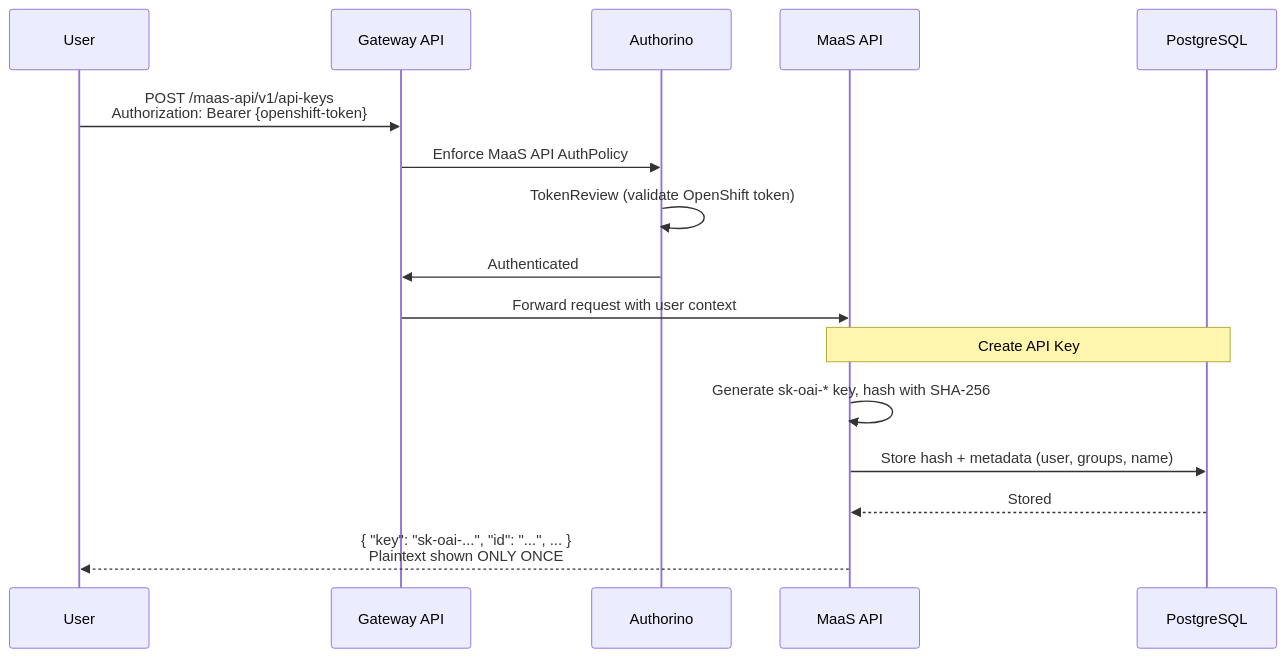
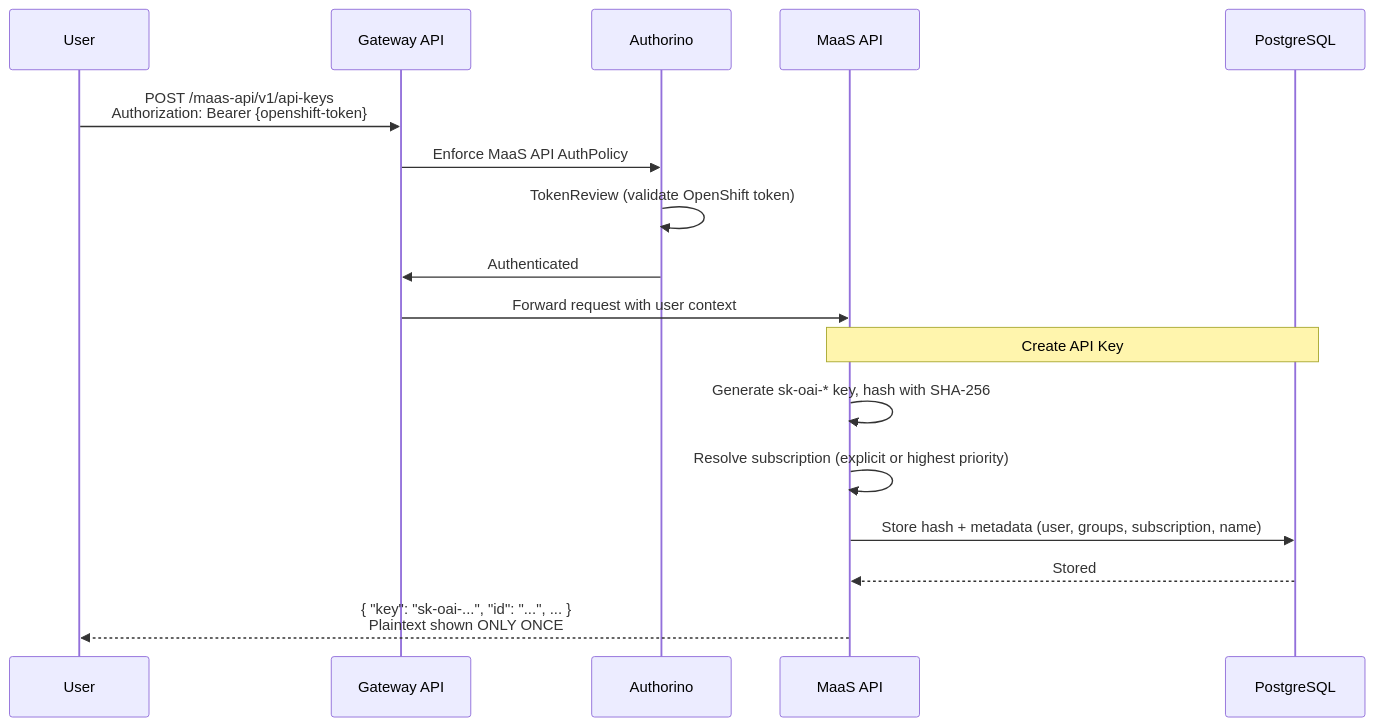
The seventh of 8 diagrams in docs/content/architecture.md (SB159/maas-billing), drawn with Mermaid before and after one commit. The commit also changed other lines of this file and 38 other files, not shown here.

````diff
--- a/docs/content/architecture.md
+++ b/docs/content/architecture.md
@@ -296,21 +293,22 @@
 ```mermaid
 sequenceDiagram
     participant User
     participant Gateway as Gateway API
     participant Authorino
     participant MaaS as MaaS API
     participant DB as PostgreSQL
 
     User->>Gateway: POST /maas-api/v1/api-keys<br/>Authorization: Bearer {openshift-token}
     Gateway->>Authorino: Enforce MaaS API AuthPolicy
     Authorino->>Authorino: TokenReview (validate OpenShift token)
     Authorino->>Gateway: Authenticated
     Gateway->>MaaS: Forward request with user context
 
     Note over MaaS,DB: Create API Key
     MaaS->>MaaS: Generate sk-oai-* key, hash with SHA-256
-    MaaS->>DB: Store hash + metadata (user, groups, name)
+    MaaS->>MaaS: Resolve subscription (explicit or highest priority)
+    MaaS->>DB: Store hash + metadata (user, groups, subscription, name)
     DB-->>MaaS: Stored
 
     MaaS-->>User: { "key": "sk-oai-...", "id": "...", ... }<br/>Plaintext shown ONLY ONCE
 ```
````
